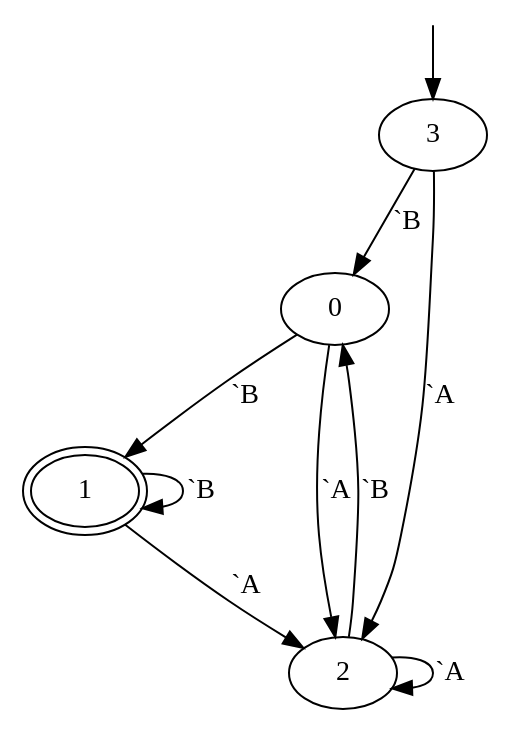
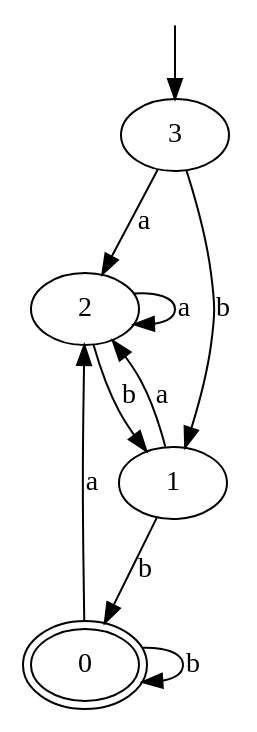
One commit to p9romain/automaton changed the diagram in src/dfa.dot. Above: the diagram before and after it, drawn with Graphviz. The commit also changed 6 other files, not shown here.

```diff
--- a/src/dfa.dot
+++ b/src/dfa.dot
@@ -1,14 +1,14 @@
 digraph automaton
 {
   __INVISIBLE_NODE_0__ [label= "", shape=none,height=.0,width=.0] ;
   __INVISIBLE_NODE_0__ -> 3 ;
-  1 [peripheries=2] ;
-  0 -> 1 [label="`B"] ;
-  0 -> 2 [label="`A"] ;
-  1 -> 1 [label="`B"] ;
-  1 -> 2 [label="`A"] ;
-  2 -> 0 [label="`B"] ;
-  2 -> 2 [label="`A"] ;
-  3 -> 0 [label="`B"] ;
-  3 -> 2 [label="`A"] ;
+  0 [peripheries=2] ;
+  0 -> 0 [label="b"] ;
+  0 -> 2 [label="a"] ;
+  1 -> 0 [label="b"] ;
+  1 -> 2 [label="a"] ;
+  2 -> 1 [label="b"] ;
+  2 -> 2 [label="a"] ;
+  3 -> 1 [label="b"] ;
+  3 -> 2 [label="a"] ;
 }
```
